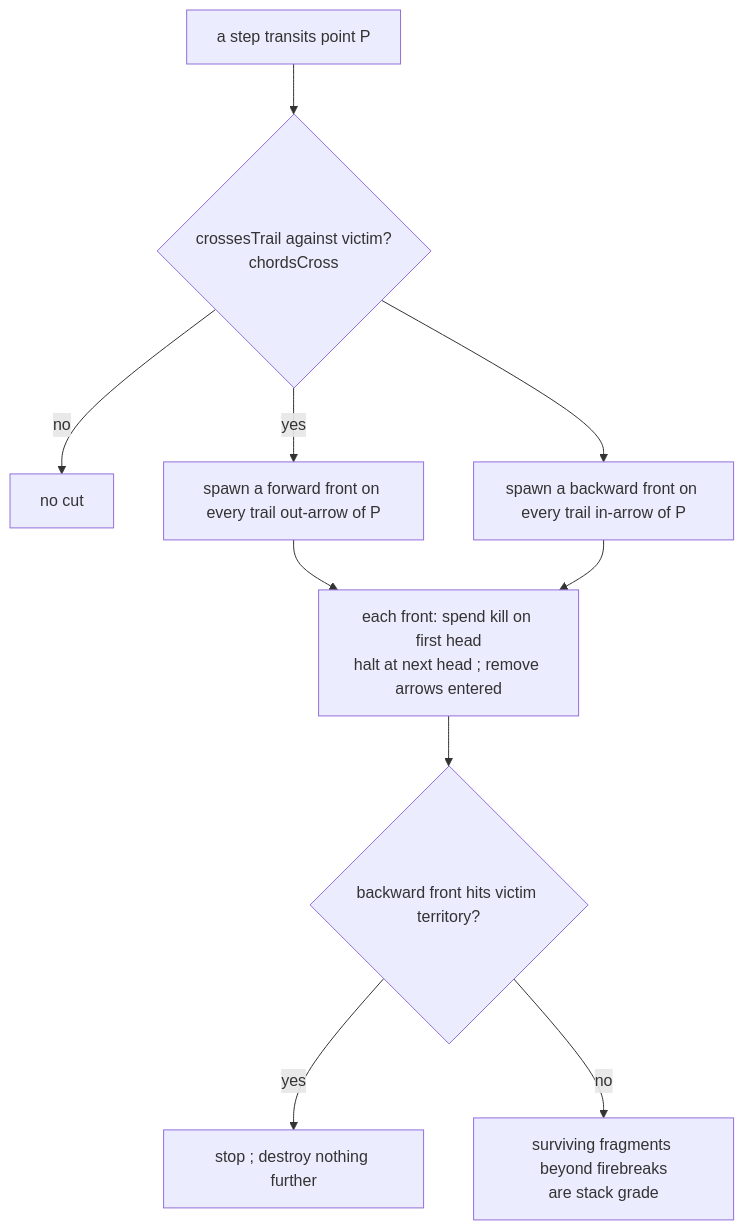
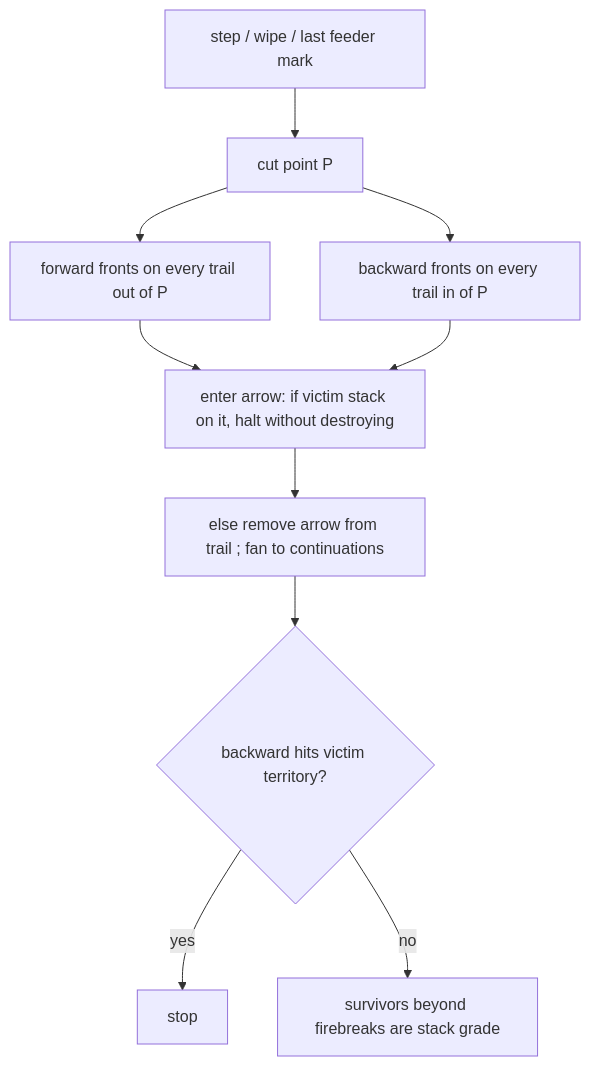
One commit to hochgi/arrows_conqueror changed the diagram in docs/spec/cuts/cuts.md. Above: the diagram before and after it, drawn with Mermaid. The commit also changed other lines of this file and 24 other files, not shown here.

First line of the commit message:
feat(rules): P13 trail fire — halt-at-first, scrub, root cut

````diff
--- a/docs/spec/cuts/cuts.md
+++ b/docs/spec/cuts/cuts.md
@@ -44,12 +29,12 @@
 ```mermaid
 flowchart TD
-  S["a step transits point P"] --> C{"crossesTrail against victim?<br/>chordsCross"}
-  C -- no --> N["no cut"]
-  C -- yes --> F["spawn a forward front on every trail out-arrow of P"]
-  C --> B["spawn a backward front on every trail in-arrow of P"]
-  F --> E["each front: spend kill on first head<br/>halt at next head #59; remove arrows entered"]
+  S["step / wipe / last feeder mark"] --> P["cut point P"]
+  P --> F["forward fronts on every trail out of P"]
+  P --> B["backward fronts on every trail in of P"]
+  F --> E["enter arrow: if victim stack on it, halt without destroying"]
   B --> E
-  E --> T{"backward front hits victim territory?"}
-  T -- yes --> W["stop #59; destroy nothing further"]
-  T -- no --> D["surviving fragments beyond firebreaks<br/>are stack grade"]
+  E --> R["else remove arrow from trail #59; fan to continuations"]
+  R --> T{"backward hits victim territory?"}
+  T -- yes --> W["stop"]
+  T -- no --> D["survivors beyond firebreaks are stack grade"]
 ```
````
